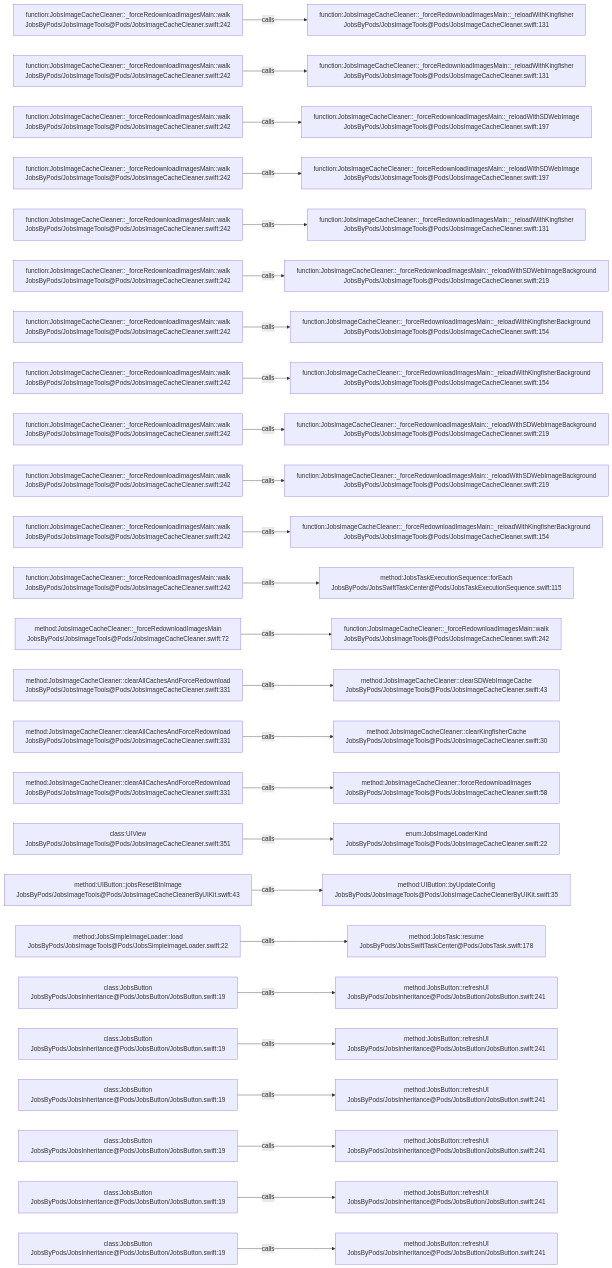
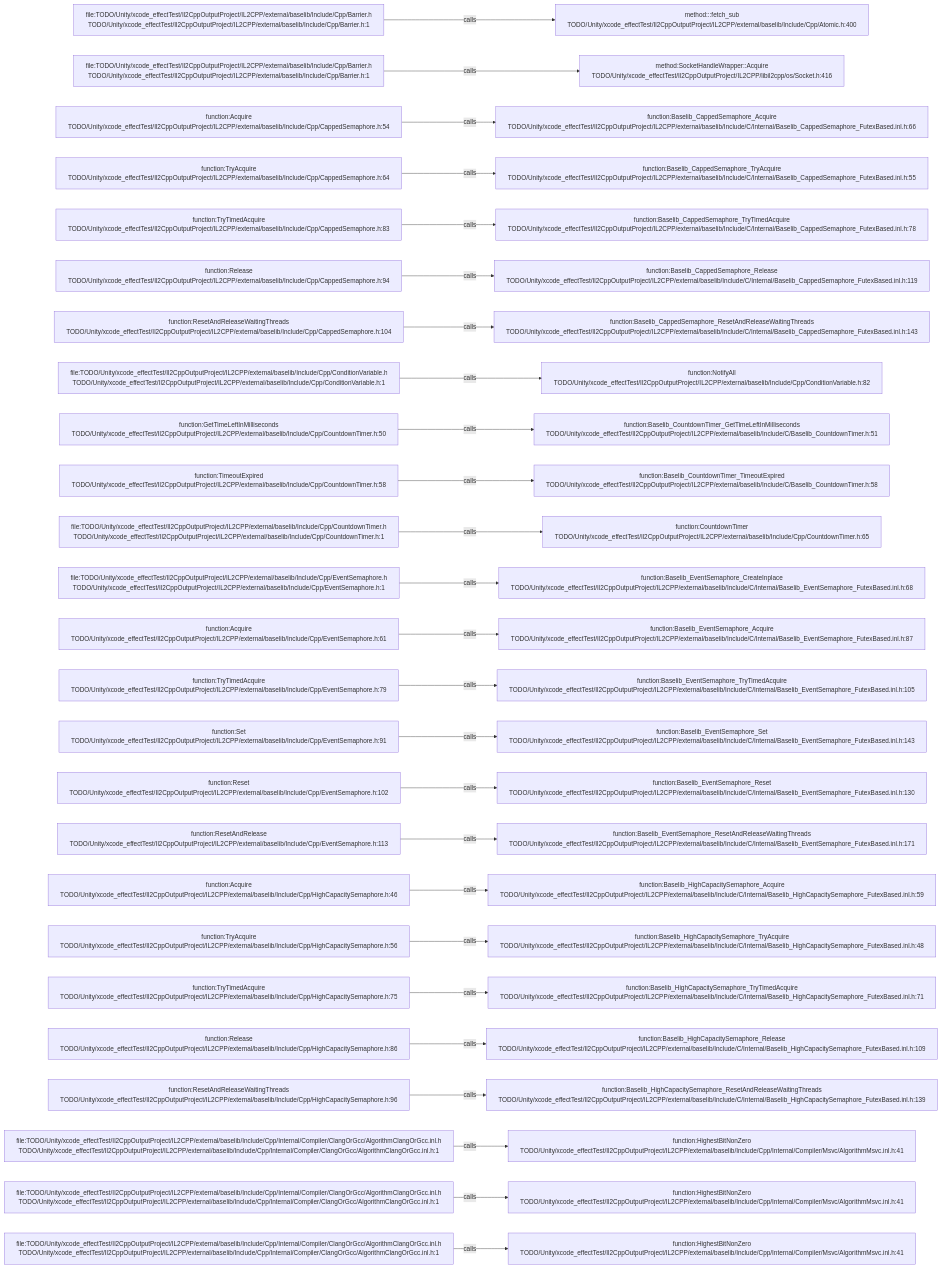
The diagram in .codegraph/codegraph.md/graphs/calls-127.md (JobsKits/JobsSwiftBaseConfigDemo), drawn with Mermaid before and after one commit. The commit also changed 569 other files, not shown here.

````diff
--- a/.codegraph/codegraph.md/graphs/calls-127.md
+++ b/.codegraph/codegraph.md/graphs/calls-127.md
@@ -13,78 +13,78 @@
 ```mermaid
 flowchart LR
-  S1["function:JobsImageCacheCleaner::_forceRedownloadImagesMain::walk<br/>JobsByPods/JobsImageTools@Pods/JobsImageCacheCleaner.swift:242"]
-  T1["function:JobsImageCacheCleaner::_forceRedownloadImagesMain::_reloadWithKingfisher<br/>JobsByPods/JobsImageTools@Pods/JobsImageCacheCleaner.swift:131"]
+  S1["file:TODO/Unity/xcode_effectTest/Il2CppOutputProject/IL2CPP/external/baselib/Include/Cpp/Barrier.h<br/>TODO/Unity/xcode_effectTest/Il2CppOutputProject/IL2CPP/external/baselib/Include/Cpp/Barrier.h:1"]
+  T1["method:<anonymous>::fetch_sub<br/>TODO/Unity/xcode_effectTest/Il2CppOutputProject/IL2CPP/external/baselib/Include/Cpp/Atomic.h:400"]
   S1 -->|calls| T1
-  S2["function:JobsImageCacheCleaner::_forceRedownloadImagesMain::walk<br/>JobsByPods/JobsImageTools@Pods/JobsImageCacheCleaner.swift:242"]
-  T2["function:JobsImageCacheCleaner::_forceRedownloadImagesMain::_reloadWithKingfisher<br/>JobsByPods/JobsImageTools@Pods/JobsImageCacheCleaner.swift:131"]
+  S2["file:TODO/Unity/xcode_effectTest/Il2CppOutputProject/IL2CPP/external/baselib/Include/Cpp/Barrier.h<br/>TODO/Unity/xcode_effectTest/Il2CppOutputProject/IL2CPP/external/baselib/Include/Cpp/Barrier.h:1"]
+  T2["method:SocketHandleWrapper::Acquire<br/>TODO/Unity/xcode_effectTest/Il2CppOutputProject/IL2CPP/libil2cpp/os/Socket.h:416"]
   S2 -->|calls| T2
-  S3["function:JobsImageCacheCleaner::_forceRedownloadImagesMain::walk<br/>JobsByPods/JobsImageTools@Pods/JobsImageCacheCleaner.swift:242"]
-  T3["function:JobsImageCacheCleaner::_forceRedownloadImagesMain::_reloadWithSDWebImage<br/>JobsByPods/JobsImageTools@Pods/JobsImageCacheCleaner.swift:197"]
+  S3["function:Acquire<br/>TODO/Unity/xcode_effectTest/Il2CppOutputProject/IL2CPP/external/baselib/Include/Cpp/CappedSemaphore.h:54"]
+  T3["function:Baselib_CappedSemaphore_Acquire<br/>TODO/Unity/xcode_effectTest/Il2CppOutputProject/IL2CPP/external/baselib/Include/C/Internal/Baselib_CappedSemaphore_FutexBased.inl.h:66"]
   S3 -->|calls| T3
-  S4["function:JobsImageCacheCleaner::_forceRedownloadImagesMain::walk<br/>JobsByPods/JobsImageTools@Pods/JobsImageCacheCleaner.swift:242"]
-  T4["function:JobsImageCacheCleaner::_forceRedownloadImagesMain::_reloadWithSDWebImage<br/>JobsByPods/JobsImageTools@Pods/JobsImageCacheCleaner.swift:197"]
+  S4["function:TryAcquire<br/>TODO/Unity/xcode_effectTest/Il2CppOutputProject/IL2CPP/external/baselib/Include/Cpp/CappedSemaphore.h:64"]
+  T4["function:Baselib_CappedSemaphore_TryAcquire<br/>TODO/Unity/xcode_effectTest/Il2CppOutputProject/IL2CPP/external/baselib/Include/C/Internal/Baselib_CappedSemaphore_FutexBased.inl.h:55"]
   S4 -->|calls| T4
-  S5["function:JobsImageCacheCleaner::_forceRedownloadImagesMain::walk<br/>JobsByPods/JobsImageTools@Pods/JobsImageCacheCleaner.swift:242"]
-  T5["function:JobsImageCacheCleaner::_forceRedownloadImagesMain::_reloadWithKingfisher<br/>JobsByPods/JobsImageTools@Pods/JobsImageCacheCleaner.swift:131"]
+  S5["function:TryTimedAcquire<br/>TODO/Unity/xcode_effectTest/Il2CppOutputProject/IL2CPP/external/baselib/Include/Cpp/CappedSemaphore.h:83"]
+  T5["function:Baselib_CappedSemaphore_TryTimedAcquire<br/>TODO/Unity/xcode_effectTest/Il2CppOutputProject/IL2CPP/external/baselib/Include/C/Internal/Baselib_CappedSemaphore_FutexBased.inl.h:78"]
   S5 -->|calls| T5
-  S6["function:JobsImageCacheCleaner::_forceRedownloadImagesMain::walk<br/>JobsByPods/JobsImageTools@Pods/JobsImageCacheCleaner.swift:242"]
-  T6["function:JobsImageCacheCleaner::_forceRedownloadImagesMain::_reloadWithSDWebImageBackground<br/>JobsByPods/JobsImageTools@Pods/JobsImageCacheCleaner.swift:219"]
+  S6["function:Release<br/>TODO/Unity/xcode_effectTest/Il2CppOutputProject/IL2CPP/external/baselib/Include/Cpp/CappedSemaphore.h:94"]
+  T6["function:Baselib_CappedSemaphore_Release<br/>TODO/Unity/xcode_effectTest/Il2CppOutputProject/IL2CPP/external/baselib/Include/C/Internal/Baselib_CappedSemaphore_FutexBased.inl.h:119"]
   S6 -->|calls| T6
-  S7["function:JobsImageCacheCleaner::_forceRedownloadImagesMain::walk<br/>JobsByPods/JobsImageTools@Pods/JobsImageCacheCleaner.swift:242"]
-  T7["function:JobsImageCacheCleaner::_forceRedownloadImagesMain::_reloadWithKingfisherBackground<br/>JobsByPods/JobsImageTools@Pods/JobsImageCacheCleaner.swift:154"]
+  S7["function:ResetAndReleaseWaitingThreads<br/>TODO/Unity/xcode_effectTest/Il2CppOutputProject/IL2CPP/external/baselib/Include/Cpp/CappedSemaphore.h:104"]
+  T7["function:Baselib_CappedSemaphore_ResetAndReleaseWaitingThreads<br/>TODO/Unity/xcode_effectTest/Il2CppOutputProject/IL2CPP/external/baselib/Include/C/Internal/Baselib_CappedSemaphore_FutexBased.inl.h:143"]
   S7 -->|calls| T7
-  S8["function:JobsImageCacheCleaner::_forceRedownloadImagesMain::walk<br/>JobsByPods/JobsImageTools@Pods/JobsImageCacheCleaner.swift:242"]
-  T8["function:JobsImageCacheCleaner::_forceRedownloadImagesMain::_reloadWithKingfisherBackground<br/>JobsByPods/JobsImageTools@Pods/JobsImageCacheCleaner.swift:154"]
+  S8["file:TODO/Unity/xcode_effectTest/Il2CppOutputProject/IL2CPP/external/baselib/Include/Cpp/ConditionVariable.h<br/>TODO/Unity/xcode_effectTest/Il2CppOutputProject/IL2CPP/external/baselib/Include/Cpp/ConditionVariable.h:1"]
+  T8["function:NotifyAll<br/>TODO/Unity/xcode_effectTest/Il2CppOutputProject/IL2CPP/external/baselib/Include/Cpp/ConditionVariable.h:82"]
   S8 -->|calls| T8
-  S9["function:JobsImageCacheCleaner::_forceRedownloadImagesMain::walk<br/>JobsByPods/JobsImageTools@Pods/JobsImageCacheCleaner.swift:242"]
-  T9["function:JobsImageCacheCleaner::_forceRedownloadImagesMain::_reloadWithSDWebImageBackground<br/>JobsByPods/JobsImageTools@Pods/JobsImageCacheCleaner.swift:219"]
+  S9["function:GetTimeLeftInMilliseconds<br/>TODO/Unity/xcode_effectTest/Il2CppOutputProject/IL2CPP/external/baselib/Include/Cpp/CountdownTimer.h:50"]
+  T9["function:Baselib_CountdownTimer_GetTimeLeftInMilliseconds<br/>TODO/Unity/xcode_effectTest/Il2CppOutputProject/IL2CPP/external/baselib/Include/C/Baselib_CountdownTimer.h:51"]
   S9 -->|calls| T9
-  S10["function:JobsImageCacheCleaner::_forceRedownloadImagesMain::walk<br/>JobsByPods/JobsImageTools@Pods/JobsImageCacheCleaner.swift:242"]
-  T10["function:JobsImageCacheCleaner::_forceRedownloadImagesMain::_reloadWithSDWebImageBackground<br/>JobsByPods/JobsImageTools@Pods/JobsImageCacheCleaner.swift:219"]
+  S10["function:TimeoutExpired<br/>TODO/Unity/xcode_effectTest/Il2CppOutputProject/IL2CPP/external/baselib/Include/Cpp/CountdownTimer.h:58"]
+  T10["function:Baselib_CountdownTimer_TimeoutExpired<br/>TODO/Unity/xcode_effectTest/Il2CppOutputProject/IL2CPP/external/baselib/Include/C/Baselib_CountdownTimer.h:58"]
   S10 -->|calls| T10
-  S11["function:JobsImageCacheCleaner::_forceRedownloadImagesMain::walk<br/>JobsByPods/JobsImageTools@Pods/JobsImageCacheCleaner.swift:242"]
-  T11["function:JobsImageCacheCleaner::_forceRedownloadImagesMain::_reloadWithKingfisherBackground<br/>JobsByPods/JobsImageTools@Pods/JobsImageCacheCleaner.swift:154"]
+  S11["file:TODO/Unity/xcode_effectTest/Il2CppOutputProject/IL2CPP/external/baselib/Include/Cpp/CountdownTimer.h<br/>TODO/Unity/xcode_effectTest/Il2CppOutputProject/IL2CPP/external/baselib/Include/Cpp/CountdownTimer.h:1"]
+  T11["function:CountdownTimer<br/>TODO/Unity/xcode_effectTest/Il2CppOutputProject/IL2CPP/external/baselib/Include/Cpp/CountdownTimer.h:65"]
   S11 -->|calls| T11
-  S12["function:JobsImageCacheCleaner::_forceRedownloadImagesMain::walk<br/>JobsByPods/JobsImageTools@Pods/JobsImageCacheCleaner.swift:242"]
-  T12["method:JobsTaskExecutionSequence::forEach<br/>JobsByPods/JobsSwiftTaskCenter@Pods/JobsTaskExecutionSequence.swift:115"]
+  S12["file:TODO/Unity/xcode_effectTest/Il2CppOutputProject/IL2CPP/external/baselib/Include/Cpp/EventSemaphore.h<br/>TODO/Unity/xcode_effectTest/Il2CppOutputProject/IL2CPP/external/baselib/Include/Cpp/EventSemaphore.h:1"]
+  T12["function:Baselib_EventSemaphore_CreateInplace<br/>TODO/Unity/xcode_effectTest/Il2CppOutputProject/IL2CPP/external/baselib/Include/C/Internal/Baselib_EventSemaphore_FutexBased.inl.h:68"]
   S12 -->|calls| T12
-  S13["method:JobsImageCacheCleaner::_forceRedownloadImagesMain<br/>JobsByPods/JobsImageTools@Pods/JobsImageCacheCleaner.swift:72"]
-  T13["function:JobsImageCacheCleaner::_forceRedownloadImagesMain::walk<br/>JobsByPods/JobsImageTools@Pods/JobsImageCacheCleaner.swift:242"]
+  S13["function:Acquire<br/>TODO/Unity/xcode_effectTest/Il2CppOutputProject/IL2CPP/external/baselib/Include/Cpp/EventSemaphore.h:61"]
+  T13["function:Baselib_EventSemaphore_Acquire<br/>TODO/Unity/xcode_effectTest/Il2CppOutputProject/IL2CPP/external/baselib/Include/C/Internal/Baselib_EventSemaphore_FutexBased.inl.h:87"]
   S13 -->|calls| T13
-  S14["method:JobsImageCacheCleaner::clearAllCachesAndForceRedownload<br/>JobsByPods/JobsImageTools@Pods/JobsImageCacheCleaner.swift:331"]
-  T14["method:JobsImageCacheCleaner::clearSDWebImageCache<br/>JobsByPods/JobsImageTools@Pods/JobsImageCacheCleaner.swift:43"]
+  S14["function:TryTimedAcquire<br/>TODO/Unity/xcode_effectTest/Il2CppOutputProject/IL2CPP/external/baselib/Include/Cpp/EventSemaphore.h:79"]
+  T14["function:Baselib_EventSemaphore_TryTimedAcquire<br/>TODO/Unity/xcode_effectTest/Il2CppOutputProject/IL2CPP/external/baselib/Include/C/Internal/Baselib_EventSemaphore_FutexBased.inl.h:105"]
   S14 -->|calls| T14
-  S15["method:JobsImageCacheCleaner::clearAllCachesAndForceRedownload<br/>JobsByPods/JobsImageTools@Pods/JobsImageCacheCleaner.swift:331"]
-  T15["method:JobsImageCacheCleaner::clearKingfisherCache<br/>JobsByPods/JobsImageTools@Pods/JobsImageCacheCleaner.swift:30"]
+  S15["function:Set<br/>TODO/Unity/xcode_effectTest/Il2CppOutputProject/IL2CPP/external/baselib/Include/Cpp/EventSemaphore.h:91"]
+  T15["function:Baselib_EventSemaphore_Set<br/>TODO/Unity/xcode_effectTest/Il2CppOutputProject/IL2CPP/external/baselib/Include/C/Internal/Baselib_EventSemaphore_FutexBased.inl.h:143"]
   S15 -->|calls| T15
-  S16["method:JobsImageCacheCleaner::clearAllCachesAndForceRedownload<br/>JobsByPods/JobsImageTools@Pods/JobsImageCacheCleaner.swift:331"]
-  T16["method:JobsImageCacheCleaner::forceRedownloadImages<br/>JobsByPods/JobsImageTools@Pods/JobsImageCacheCleaner.swift:58"]
+  S16["function:Reset<br/>TODO/Unity/xcode_effectTest/Il2CppOutputProject/IL2CPP/external/baselib/Include/Cpp/EventSemaphore.h:102"]
+  T16["function:Baselib_EventSemaphore_Reset<br/>TODO/Unity/xcode_effectTest/Il2CppOutputProject/IL2CPP/external/baselib/Include/C/Internal/Baselib_EventSemaphore_FutexBased.inl.h:130"]
   S16 -->|calls| T16
-  S17["class:UIView<br/>JobsByPods/JobsImageTools@Pods/JobsImageCacheCleaner.swift:351"]
-  T17["enum:JobsImageLoaderKind<br/>JobsByPods/JobsImageTools@Pods/JobsImageCacheCleaner.swift:22"]
+  S17["function:ResetAndRelease<br/>TODO/Unity/xcode_effectTest/Il2CppOutputProject/IL2CPP/external/baselib/Include/Cpp/EventSemaphore.h:113"]
+  T17["function:Baselib_EventSemaphore_ResetAndReleaseWaitingThreads<br/>TODO/Unity/xcode_effectTest/Il2CppOutputProject/IL2CPP/external/baselib/Include/C/Internal/Baselib_EventSemaphore_FutexBased.inl.h:171"]
   S17 -->|calls| T17
-  S18["method:UIButton::jobsResetBtnImage<br/>JobsByPods/JobsImageTools@Pods/JobsImageCacheCleanerByUIKit.swift:43"]
-  T18["method:UIButton::byUpdateConfig<br/>JobsByPods/JobsImageTools@Pods/JobsImageCacheCleanerByUIKit.swift:35"]
+  S18["function:Acquire<br/>TODO/Unity/xcode_effectTest/Il2CppOutputProject/IL2CPP/external/baselib/Include/Cpp/HighCapacitySemaphore.h:46"]
+  T18["function:Baselib_HighCapacitySemaphore_Acquire<br/>TODO/Unity/xcode_effectTest/Il2CppOutputProject/IL2CPP/external/baselib/Include/C/Internal/Baselib_HighCapacitySemaphore_FutexBased.inl.h:59"]
   S18 -->|calls| T18
-  S19["method:JobsSimpleImageLoader::load<br/>JobsByPods/JobsImageTools@Pods/JobsSimpleImageLoader.swift:22"]
-  T19["method:JobsTask::resume<br/>JobsByPods/JobsSwiftTaskCenter@Pods/JobsTask.swift:178"]
+  S19["function:TryAcquire<br/>TODO/Unity/xcode_effectTest/Il2CppOutputProject/IL2CPP/external/baselib/Include/Cpp/HighCapacitySemaphore.h:56"]
+  T19["function:Baselib_HighCapacitySemaphore_TryAcquire<br/>TODO/Unity/xcode_effectTest/Il2CppOutputProject/IL2CPP/external/baselib/Include/C/Internal/Baselib_HighCapacitySemaphore_FutexBased.inl.h:48"]
   S19 -->|calls| T19
-  S20["class:JobsButton<br/>JobsByPods/JobsInheritance@Pods/JobsButton/JobsButton.swift:19"]
-  T20["method:JobsButton::refreshUI<br/>JobsByPods/JobsInheritance@Pods/JobsButton/JobsButton.swift:241"]
+  S20["function:TryTimedAcquire<br/>TODO/Unity/xcode_effectTest/Il2CppOutputProject/IL2CPP/external/baselib/Include/Cpp/HighCapacitySemaphore.h:75"]
+  T20["function:Baselib_HighCapacitySemaphore_TryTimedAcquire<br/>TODO/Unity/xcode_effectTest/Il2CppOutputProject/IL2CPP/external/baselib/Include/C/Internal/Baselib_HighCapacitySemaphore_FutexBased.inl.h:71"]
   S20 -->|calls| T20
-  S21["class:JobsButton<br/>JobsByPods/JobsInheritance@Pods/JobsButton/JobsButton.swift:19"]
-  T21["method:JobsButton::refreshUI<br/>JobsByPods/JobsInheritance@Pods/JobsButton/JobsButton.swift:241"]
+  S21["function:Release<br/>TODO/Unity/xcode_effectTest/Il2CppOutputProject/IL2CPP/external/baselib/Include/Cpp/HighCapacitySemaphore.h:86"]
+  T21["function:Baselib_HighCapacitySemaphore_Release<br/>TODO/Unity/xcode_effectTest/Il2CppOutputProject/IL2CPP/external/baselib/Include/C/Internal/Baselib_HighCapacitySemaphore_FutexBased.inl.h:109"]
   S21 -->|calls| T21
-  S22["class:JobsButton<br/>JobsByPods/JobsInheritance@Pods/JobsButton/JobsButton.swift:19"]
-  T22["method:JobsButton::refreshUI<br/>JobsByPods/JobsInheritance@Pods/JobsButton/JobsButton.swift:241"]
+  S22["function:ResetAndReleaseWaitingThreads<br/>TODO/Unity/xcode_effectTest/Il2CppOutputProject/IL2CPP/external/baselib/Include/Cpp/HighCapacitySemaphore.h:96"]
+  T22["function:Baselib_HighCapacitySemaphore_ResetAndReleaseWaitingThreads<br/>TODO/Unity/xcode_effectTest/Il2CppOutputProject/IL2CPP/external/baselib/Include/C/Internal/Baselib_HighCapacitySemaphore_FutexBased.inl.h:139"]
   S22 -->|calls| T22
-  S23["class:JobsButton<br/>JobsByPods/JobsInheritance@Pods/JobsButton/JobsButton.swift:19"]
-  T23["method:JobsButton::refreshUI<br/>JobsByPods/JobsInheritance@Pods/JobsButton/JobsButton.swift:241"]
+  S23["file:TODO/Unity/xcode_effectTest/Il2CppOutputProject/IL2CPP/external/baselib/Include/Cpp/Internal/Compiler/ClangOrGcc/AlgorithmClangOrGcc.inl.h<br/>TODO/Unity/xcode_effectTest/Il2CppOutputProject/IL2CPP/external/baselib/Include/Cpp/Internal/Compiler/ClangOrGcc/AlgorithmClangOrGcc.inl.h:1"]
+  T23["function:HighestBitNonZero<br/>TODO/Unity/xcode_effectTest/Il2CppOutputProject/IL2CPP/external/baselib/Include/Cpp/Internal/Compiler/Msvc/AlgorithmMsvc.inl.h:41"]
   S23 -->|calls| T23
-  S24["class:JobsButton<br/>JobsByPods/JobsInheritance@Pods/JobsButton/JobsButton.swift:19"]
-  T24["method:JobsButton::refreshUI<br/>JobsByPods/JobsInheritance@Pods/JobsButton/JobsButton.swift:241"]
+  S24["file:TODO/Unity/xcode_effectTest/Il2CppOutputProject/IL2CPP/external/baselib/Include/Cpp/Internal/Compiler/ClangOrGcc/AlgorithmClangOrGcc.inl.h<br/>TODO/Unity/xcode_effectTest/Il2CppOutputProject/IL2CPP/external/baselib/Include/Cpp/Internal/Compiler/ClangOrGcc/AlgorithmClangOrGcc.inl.h:1"]
+  T24["function:HighestBitNonZero<br/>TODO/Unity/xcode_effectTest/Il2CppOutputProject/IL2CPP/external/baselib/Include/Cpp/Internal/Compiler/Msvc/AlgorithmMsvc.inl.h:41"]
   S24 -->|calls| T24
-  S25["class:JobsButton<br/>JobsByPods/JobsInheritance@Pods/JobsButton/JobsButton.swift:19"]
-  T25["method:JobsButton::refreshUI<br/>JobsByPods/JobsInheritance@Pods/JobsButton/JobsButton.swift:241"]
+  S25["file:TODO/Unity/xcode_effectTest/Il2CppOutputProject/IL2CPP/external/baselib/Include/Cpp/Internal/Compiler/ClangOrGcc/AlgorithmClangOrGcc.inl.h<br/>TODO/Unity/xcode_effectTest/Il2CppOutputProject/IL2CPP/external/baselib/Include/Cpp/Internal/Compiler/ClangOrGcc/AlgorithmClangOrGcc.inl.h:1"]
+  T25["function:HighestBitNonZero<br/>TODO/Unity/xcode_effectTest/Il2CppOutputProject/IL2CPP/external/baselib/Include/Cpp/Internal/Compiler/Msvc/AlgorithmMsvc.inl.h:41"]
   S25 -->|calls| T25
 ```
````
